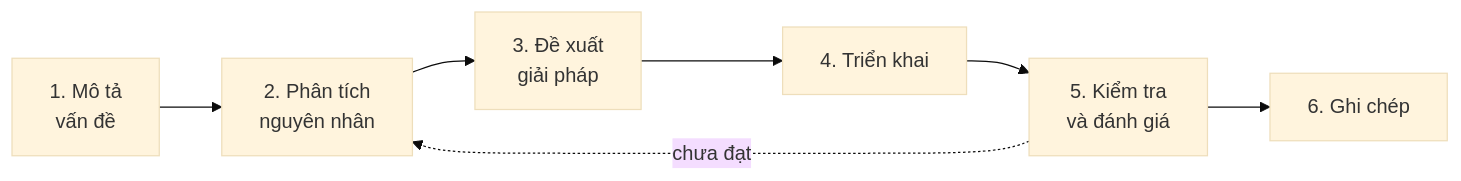
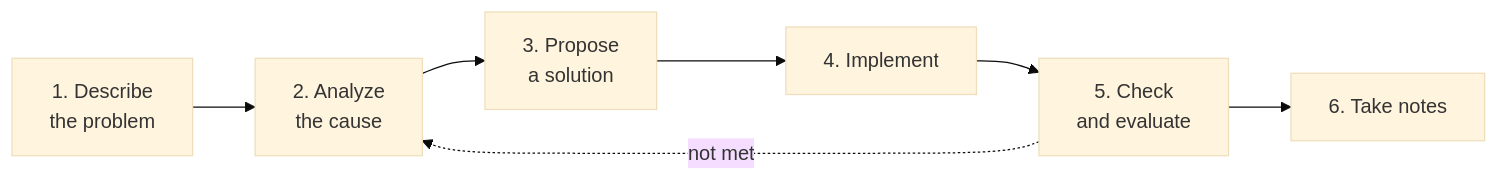
Before and after one commit to sunflynf/web-notes: the diagram in docs/key-notes/developer-mindset.mdx, drawn with Mermaid (base theme). The commit also changed other lines of this file and 33 other files, not shown here.

````diff
--- a/docs/key-notes/developer-mindset.mdx
+++ b/docs/key-notes/developer-mindset.mdx
@@ -23,5 +23,5 @@
 ```mermaid
 flowchart LR
-  A[1. Mô tả<br/>vấn đề] --> B[2. Phân tích<br/>nguyên nhân] --> C[3. Đề xuất<br/>giải pháp] --> D[4. Triển khai] --> E[5. Kiểm tra<br/>và đánh giá] --> F[6. Ghi chép]
-  E -. chưa đạt .-> B
+  A[1. Describe<br/>the problem] --> B[2. Analyze<br/>the cause] --> C[3. Propose<br/>a solution] --> D[4. Implement] --> E[5. Check<br/>and evaluate] --> F[6. Take notes]
+  E -. not met .-> B
 ```
````
